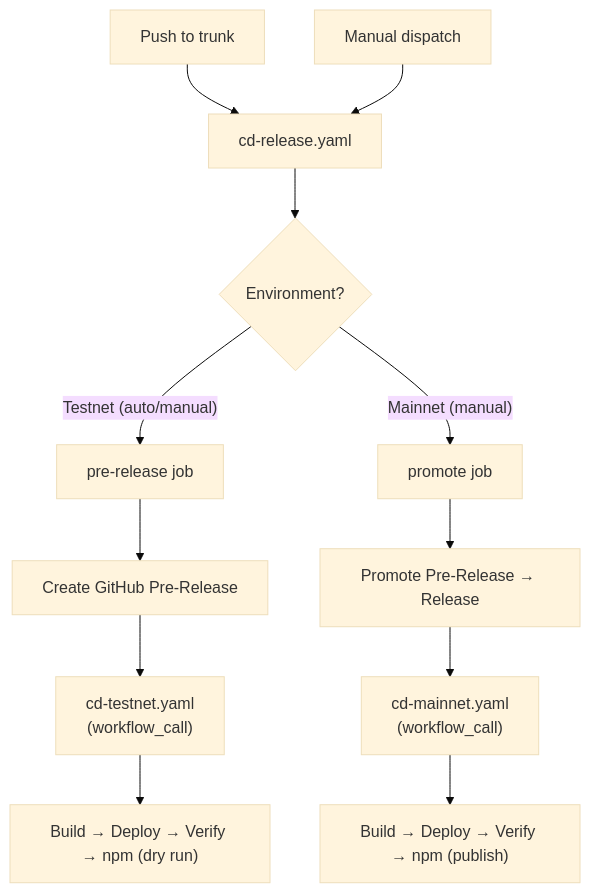
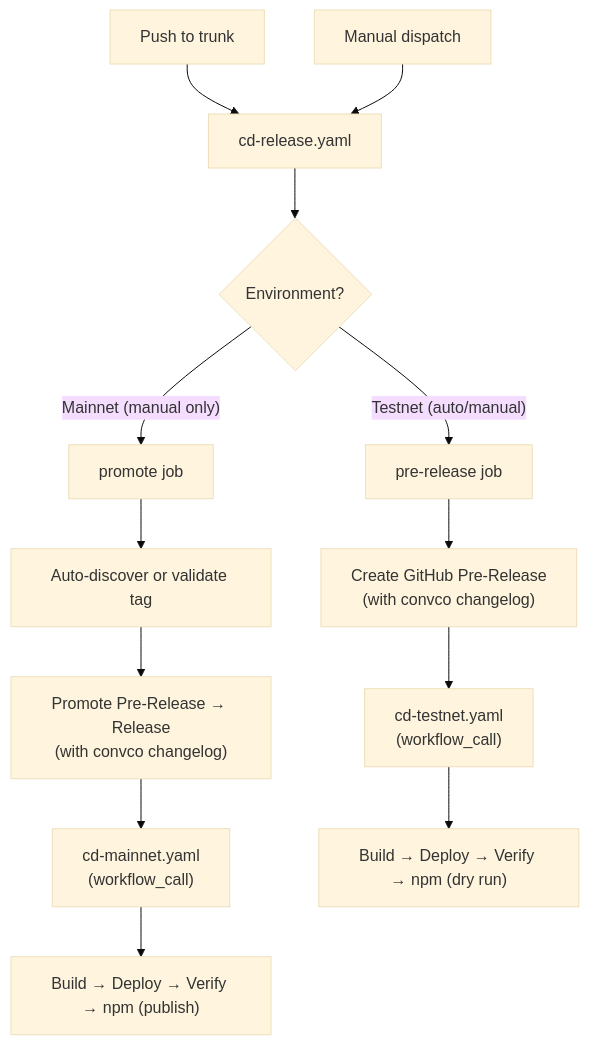
Before and after one commit to irken-empire/ic-siwa: the first of 3 diagrams in docs/ci-cd.md, drawn with Mermaid (base theme). The commit also changed other lines of this file and 3 other files, not shown here.

````diff
--- a/docs/ci-cd.md
+++ b/docs/ci-cd.md
@@ -5,18 +5,19 @@
 ```mermaid
 graph TD
     A["Push to trunk"] --> B["cd-release.yaml"]
     C["Manual dispatch"] --> B
 
     B --> D{"Environment?"}
     D -->|"Testnet (auto/manual)"| E["pre-release job"]
-    D -->|"Mainnet (manual)"| F["promote job"]
+    D -->|"Mainnet (manual only)"| F["promote job"]
 
-    E --> G["Create GitHub Pre-Release"]
+    E --> G["Create GitHub Pre-Release<br/>(with convco changelog)"]
     G --> H["cd-testnet.yaml<br/>(workflow_call)"]
 
-    F --> I["Promote Pre-Release → Release"]
-    I --> J["cd-mainnet.yaml<br/>(workflow_call)"]
+    F --> I["Auto-discover or validate tag"]
+    I --> J["Promote Pre-Release → Release<br/>(with convco changelog)"]
+    J --> K["cd-mainnet.yaml<br/>(workflow_call)"]
 
-    H --> K["Build → Deploy → Verify → npm (dry run)"]
-    J --> L["Build → Deploy → Verify → npm (publish)"]
+    H --> L["Build → Deploy → Verify → npm (dry run)"]
+    K --> M["Build → Deploy → Verify → npm (publish)"]
 ```
````
